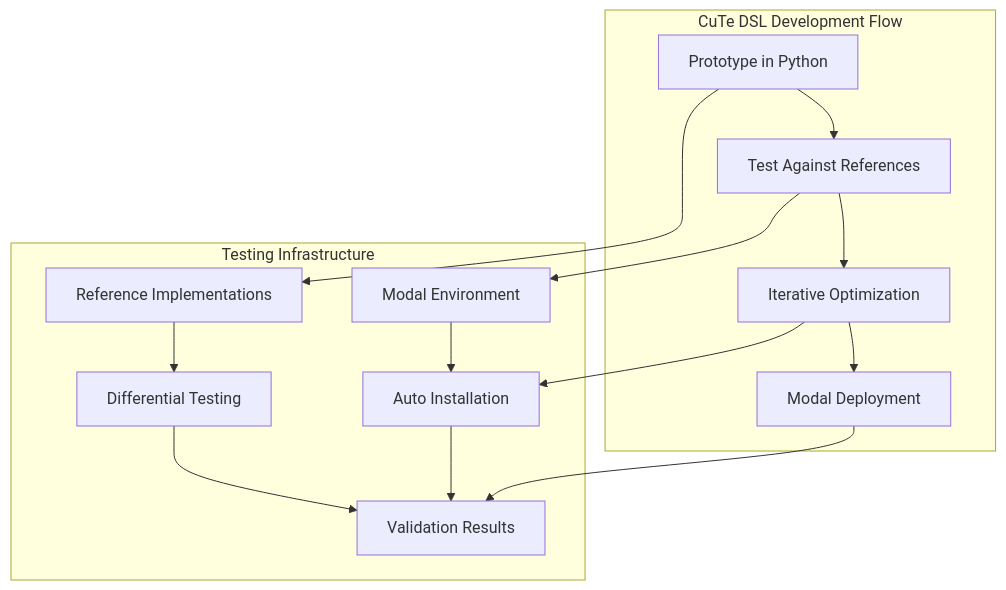
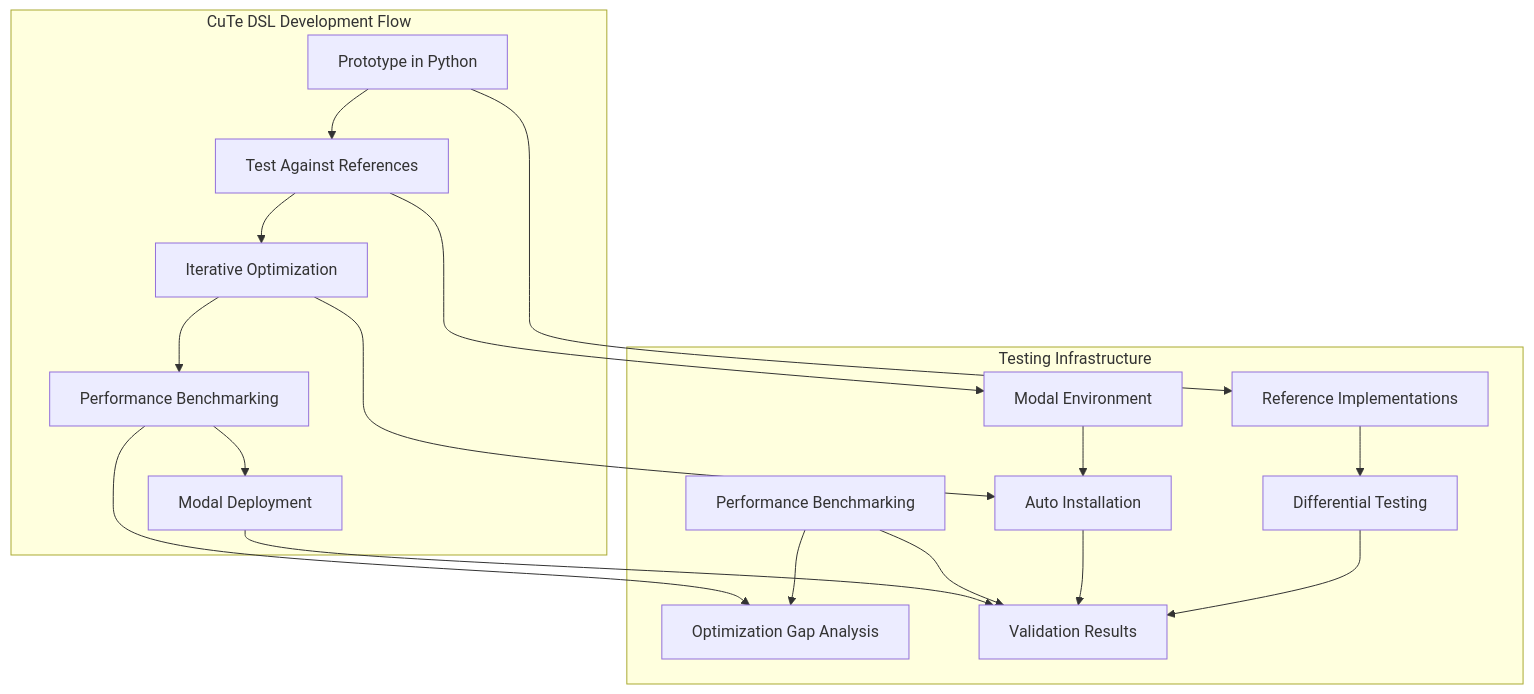
One commit to gugudeshubao/flashinfer-bench-tma-thrust changed the fifth of 7 diagrams in .qoder/repowiki/en/content/Core Kernels/Core Kernels.md. Above: the diagram before and after it, drawn with Mermaid. The commit also changed other lines of this file and 25 other files, not shown here.

````diff
--- a/.qoder/repowiki/en/content/Core Kernels/Core Kernels.md
+++ b/.qoder/repowiki/en/content/Core Kernels/Core Kernels.md
@@ -563,18 +596,22 @@
 ```mermaid
 graph TB
 subgraph "CuTe DSL Development Flow"
 Proto["Prototype in Python"] --> Test["Test Against References"]
 Test --> Optimize["Iterative Optimization"]
-Optimize --> Deploy["Modal Deployment"]
+Optimize --> Benchmark["Performance Benchmarking"]
+Benchmark --> Deploy["Modal Deployment"]
 end
 subgraph "Testing Infrastructure"
 Ref_Impl["Reference Implementations"] --> Diff_Test["Differential Testing"]
 Modal_Env["Modal Environment"] --> Auto_Install["Auto Installation"]
+Perf_Bench["Performance Benchmarking"] --> Gap_Analysis["Optimization Gap Analysis"]
 Diff_Test --> Validation["Validation Results"]
 Auto_Install --> Validation
+Perf_Bench --> Validation
 end
 Proto --> Ref_Impl
 Test --> Modal_Env
 Optimize --> Auto_Install
+Benchmark --> Gap_Analysis
 Deploy --> Validation
 ```
````
